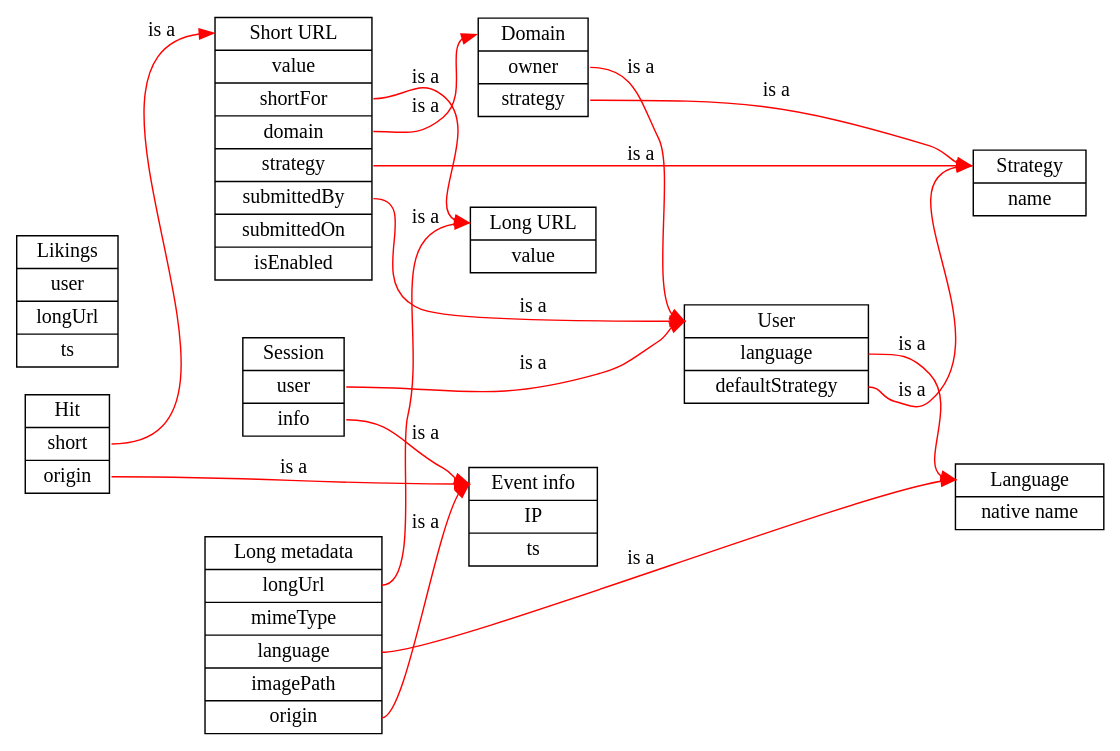
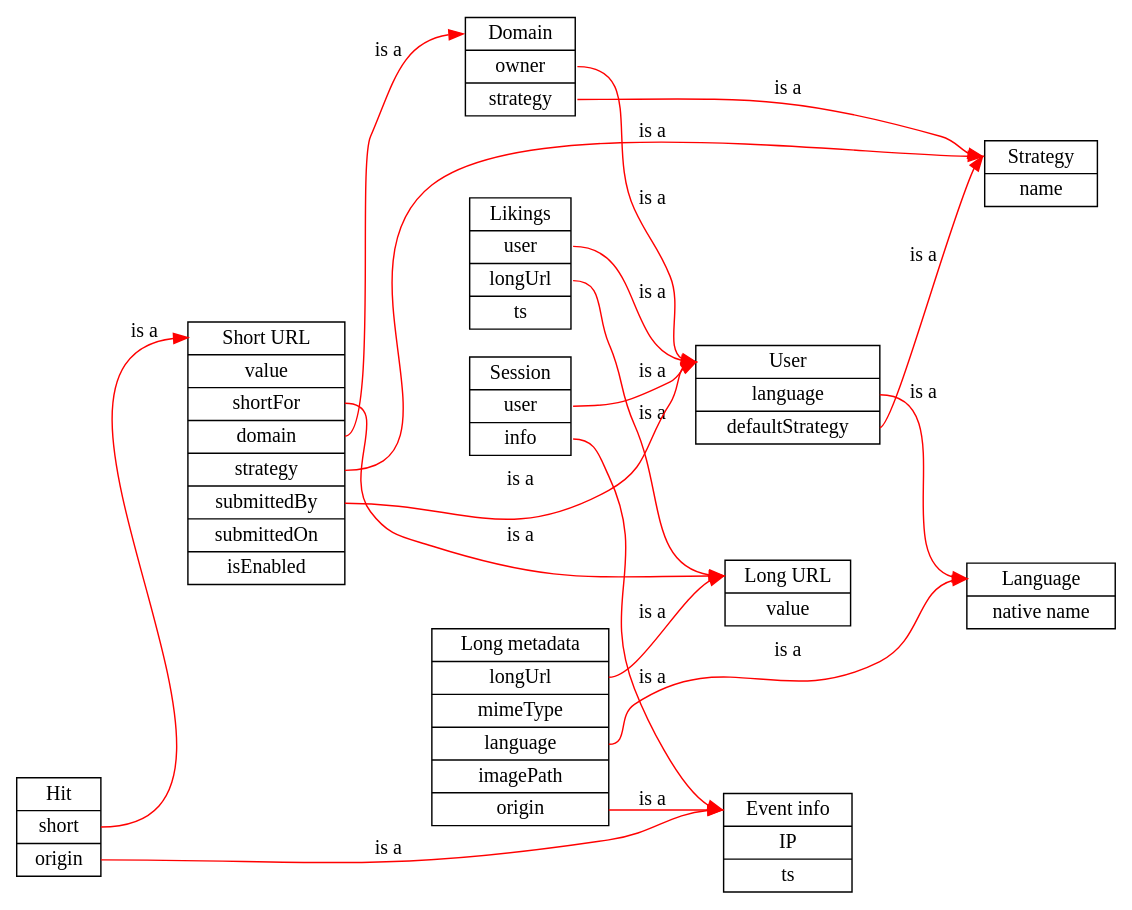
The diagram in doc/model.dot (gophergala/kurz), drawn with Graphviz before and after one commit. The commit also changed 8 other files, not shown here.

```diff
--- a/doc/model.dot
+++ b/doc/model.dot
@@ -1,39 +1,42 @@
 digraph kurz {
   rankdir = LR;
 
   node [ shape="record" ];
 
   domain [ label="<k>Domain|<owner>owner|<strategy>strategy" ];
   hit [ label="<k>Hit|<short>short|<origin>origin" ];
   eventinfo [ label="<k>Event info|IP|ts" ];
   language [ label="<k>Language|native name" ];
   likings [ label="<k>Likings|<user>user|<long>longUrl|ts" ];
   long [ label="<k>Long URL|value" ];
   longmeta [ label="<k>Long metadata|<long>longUrl|mimeType|<language>language|imagePath|<info>origin" ];
   session [ label="<k>Session|<user>user|<info>info" ];
   short [ label="<k>Short URL|value|<long>shortFor|<domain>domain|<strategy>strategy|<user>submittedBy|submittedOn|isEnabled" ];
   strategy [ label="<k>Strategy|name" ];
   user [ label="<k>User|<language>language|<strategy>defaultStrategy" ];
 
   edge [ color="red", label="is a" ];
   domain:strategy -> strategy:k;
   domain:owner -> user:k;
 
   hit:origin -> eventinfo:k;
   hit:short -> short:k;
 
+  likings:long -> long:k;
+  likings:user -> user:k;
+
   longmeta:info -> eventinfo:k;
   longmeta:language -> language:k;
   longmeta:long -> long:k;
 
   session:info -> eventinfo:k;
   session:user -> user:k;  
 
   short:domain -> domain:k;
   short:long -> long:k;
   short:user -> user:k;
   short:strategy -> strategy:k;
 
   user:language -> language:k;
   user:strategy -> strategy:k;
 }
```
